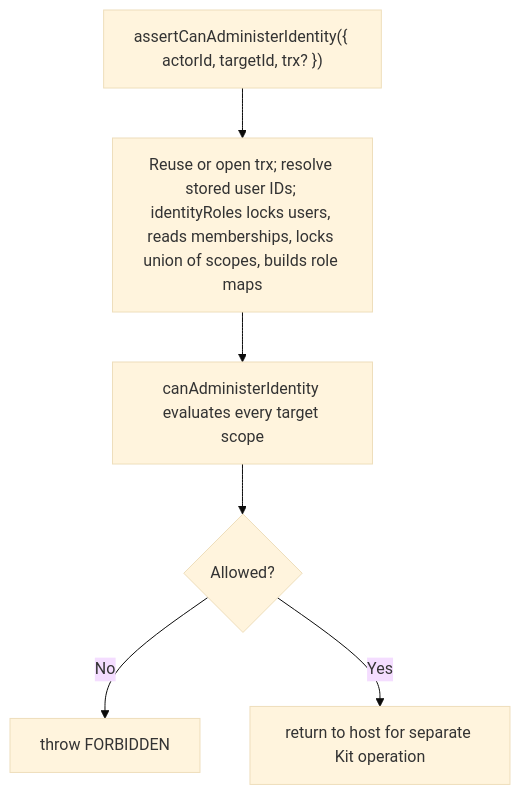
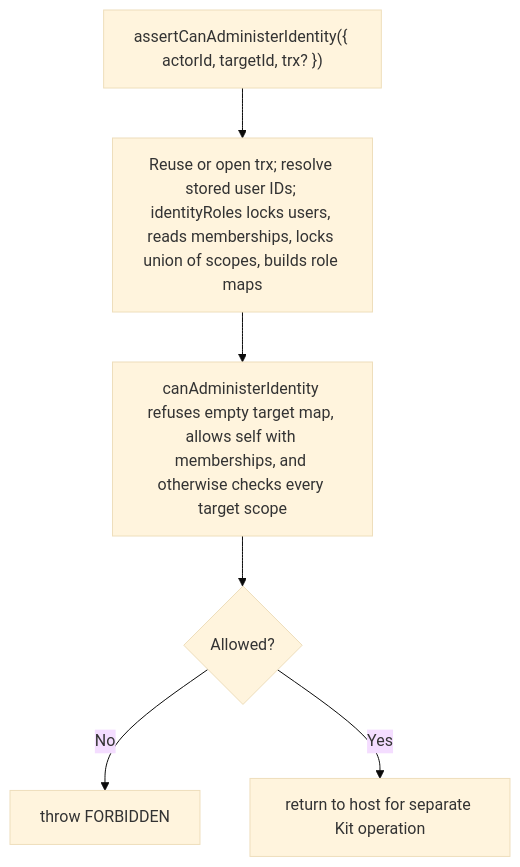
Before and after one commit to Kevinjohn/oss-adonisjs-access-control: the second of 2 diagrams in user-stories/US-ACCESS-11-administer-account-identity.md, drawn with Mermaid (base theme). The commit also changed other lines of this file and 25 other files, not shown here.

````diff
--- a/user-stories/US-ACCESS-11-administer-account-identity.md
+++ b/user-stories/US-ACCESS-11-administer-account-identity.md
@@ -32,8 +32,8 @@
 ```mermaid
 flowchart TD
     A["assertCanAdministerIdentity({ actorId, targetId, trx? })"] --> B["Reuse or open trx; resolve stored user IDs; identityRoles locks users, reads memberships, locks union of scopes, builds role maps"]
-    B --> C["canAdministerIdentity evaluates every target scope"]
+    B --> C["canAdministerIdentity refuses empty target map, allows self with memberships, and otherwise checks every target scope"]
     C --> D{"Allowed?"}
     D -->|No| E["throw FORBIDDEN"]
     D -->|Yes| F["return to host for separate Kit operation"]
 ```
````
